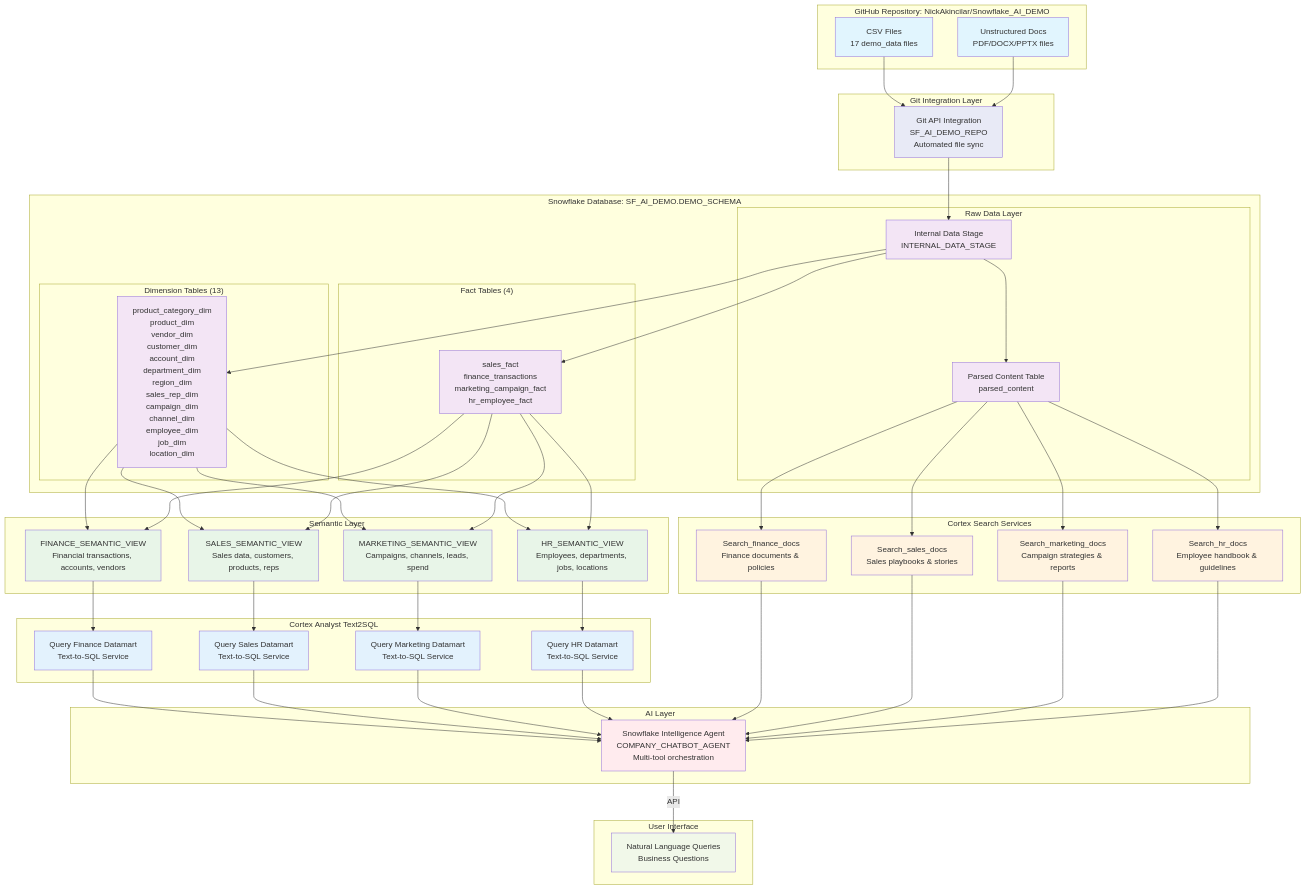
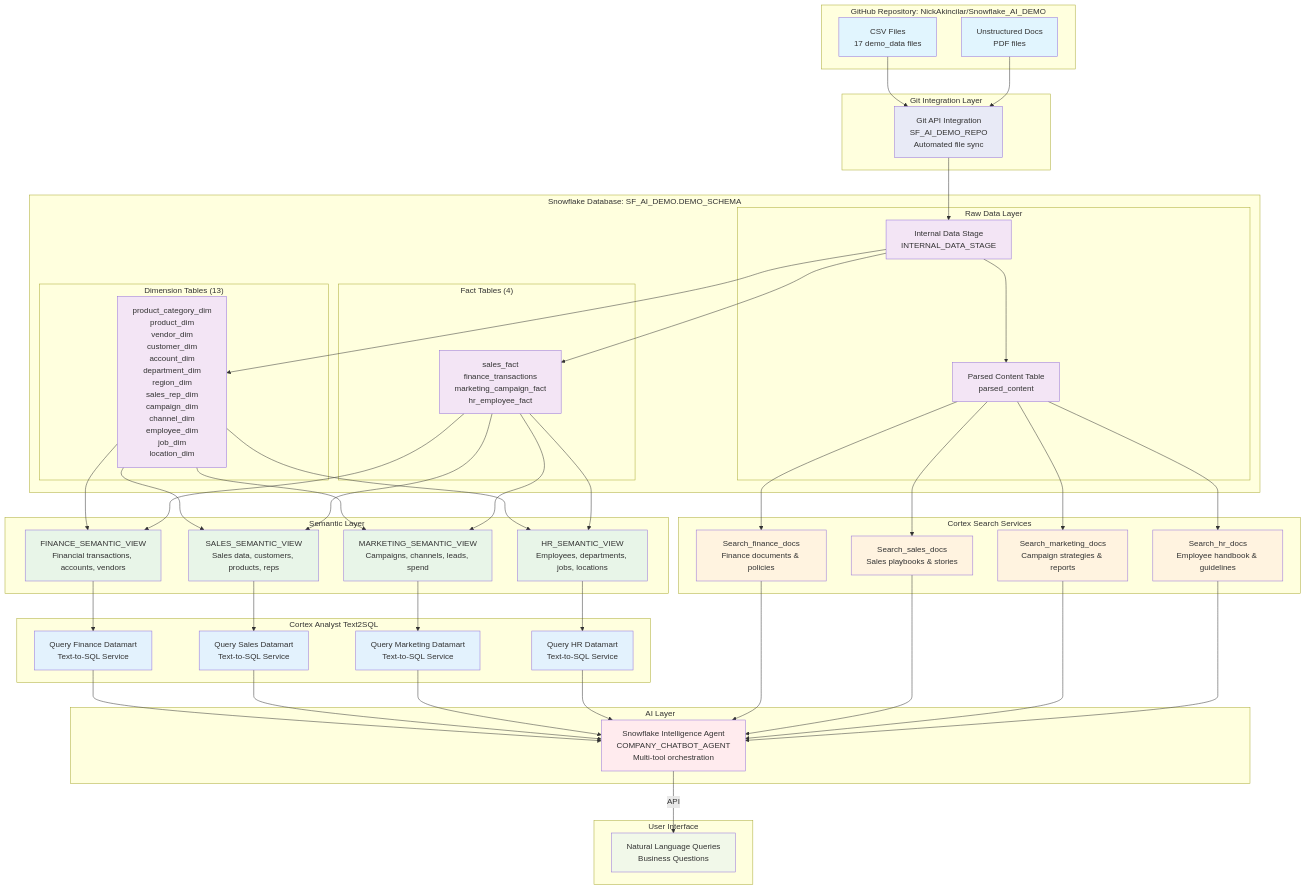
One commit to shabnam-b/Snowflake_AI_DEMO changed the diagram in README.md. Above: the diagram before and after it, drawn with Mermaid. The commit also changed other lines of this file, not shown here.

```diff
--- a/README.md
+++ b/README.md
@@ -46,7 +46,7 @@
 graph TD
     subgraph "GitHub Repository: NickAkincilar/Snowflake_AI_DEMO"
         B[CSV Files<br/>17 demo_data files]
-        C[Unstructured Docs<br/>PDF/DOCX/PPTX files]
+        C[Unstructured Docs<br/>PDF files]
     end
 
     subgraph "Git Integration Layer"
```
